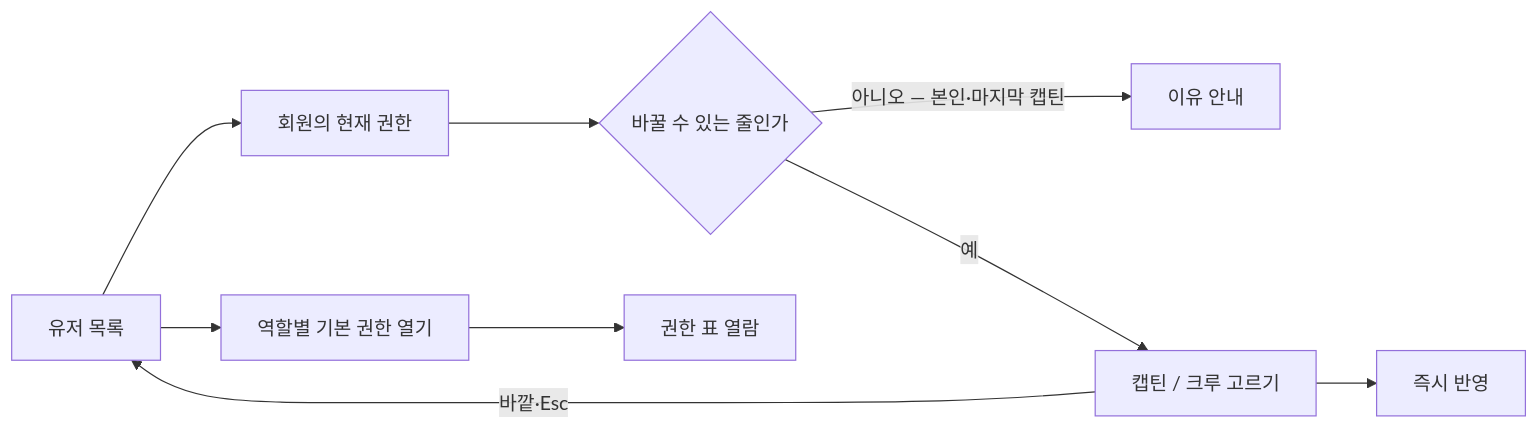
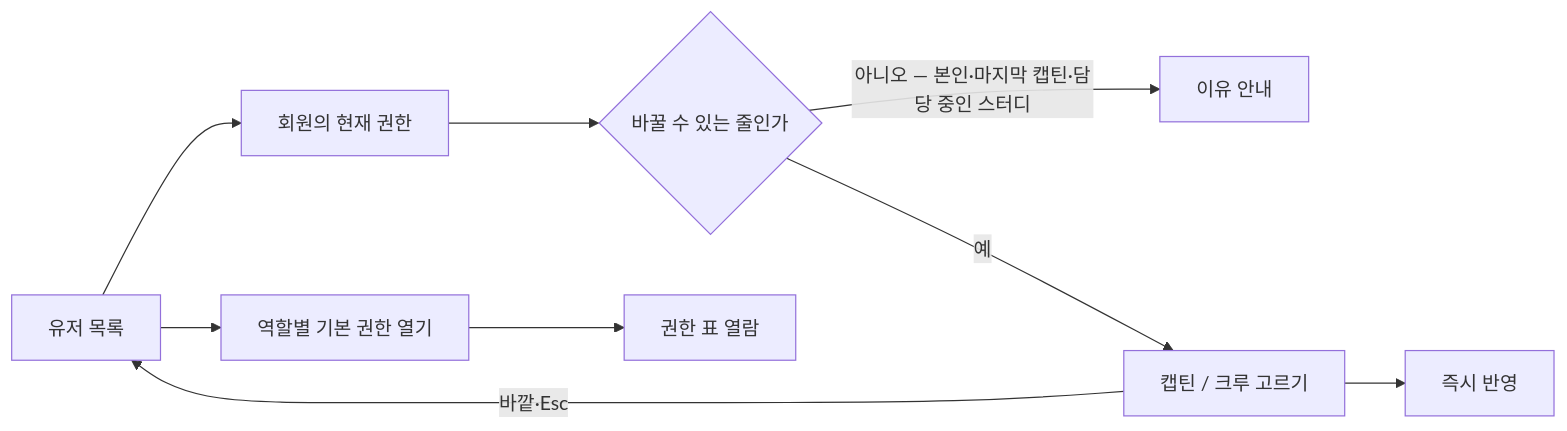
The first of 2 diagrams in 01-planning/stories/captain-grant-roles/PRD.md (StudyClub-PlusPlus/studyclub-engineering), drawn with Mermaid before and after one commit. The commit also changed other lines of this file and 88 other files, not shown here.

````diff
--- a/01-planning/stories/captain-grant-roles/PRD.md
+++ b/01-planning/stories/captain-grant-roles/PRD.md
@@ -9,10 +9,10 @@
 ```mermaid
 flowchart LR
   A["유저 목록"] --> B["회원의 현재 권한"]
   B --> C{"바꿀 수 있는 줄인가"}
-  C -->|"아니오 — 본인·마지막 캡틴"| D["이유 안내"]
+  C -->|"아니오 — 본인·마지막 캡틴·담당 중인 스터디"| D["이유 안내"]
   C -->|예| E["캡틴 / 크루 고르기"]
   E --> F["즉시 반영"]
   E -->|"바깥·Esc"| A
   A --> G["역할별 기본 권한 열기"] --> H["권한 표 열람"]
 ```
````
